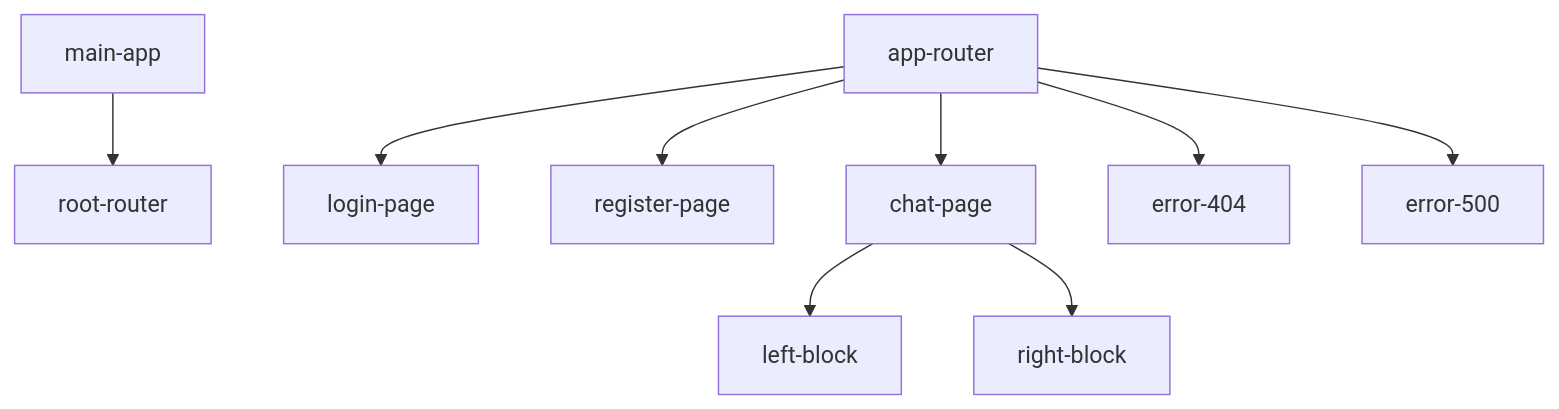
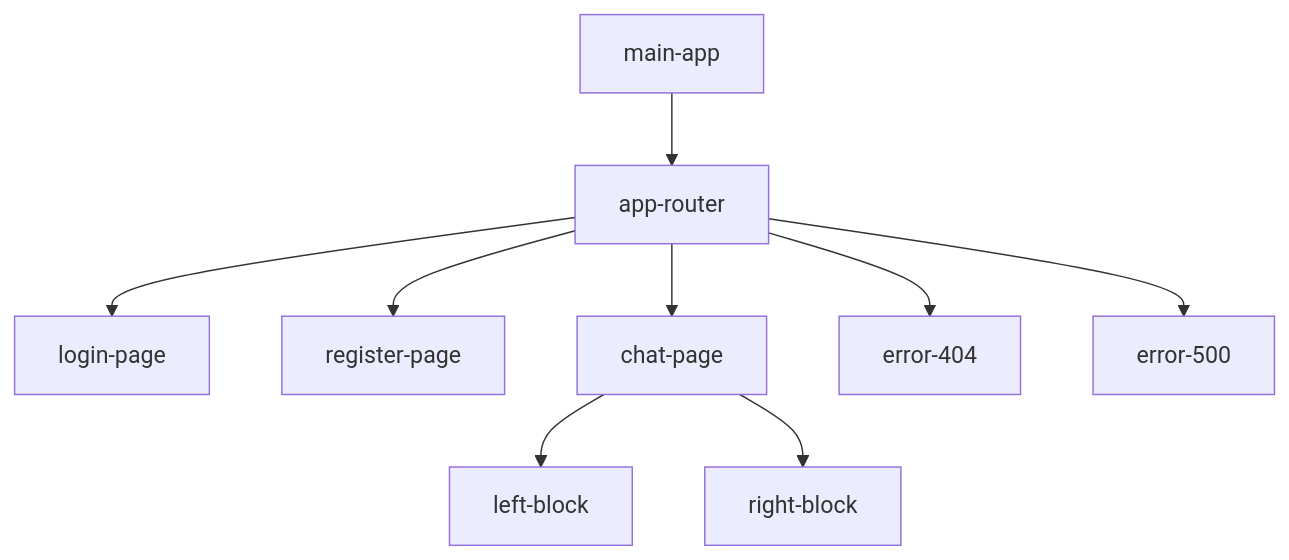
The diagram in README.md (mrNote23/middle.messenger.praktikum.yandex), drawn with Mermaid before and after one commit.

Commit message:
мелкие доработки

````diff
--- a/README.md
+++ b/README.md
@@ -102,12 +102,12 @@
 ```mermaid
 flowchart TD
-    main-app --> root-router
+    main-app --> app-router
     app-router --> login-page
     app-router --> register-page
     app-router --> chat-page
     app-router --> error-404
     app-router --> error-500
     chat-page --> left-block
     chat-page --> right-block
 
 ```
````
